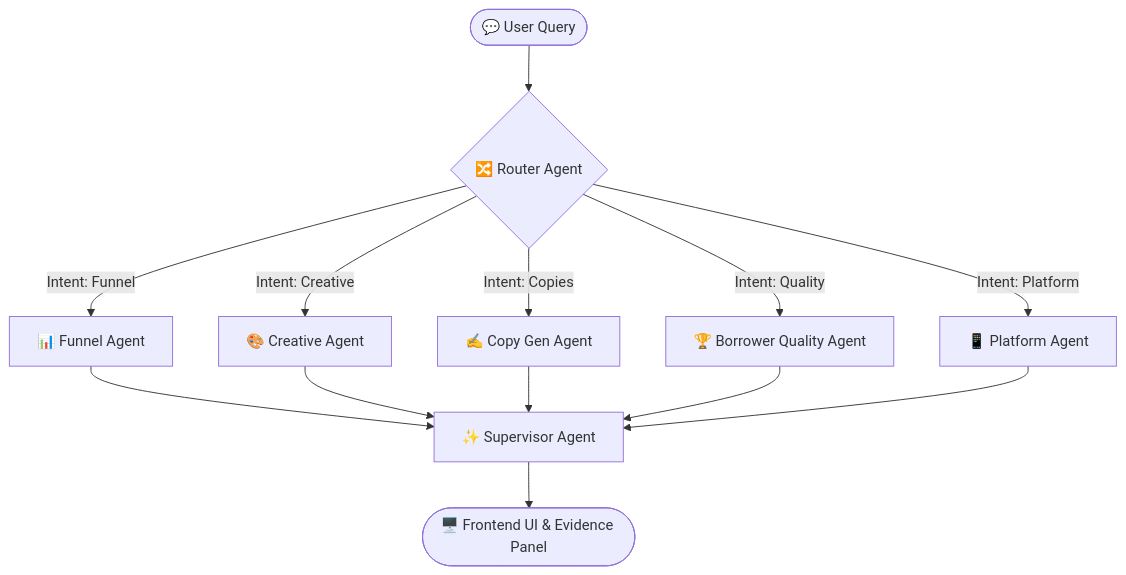
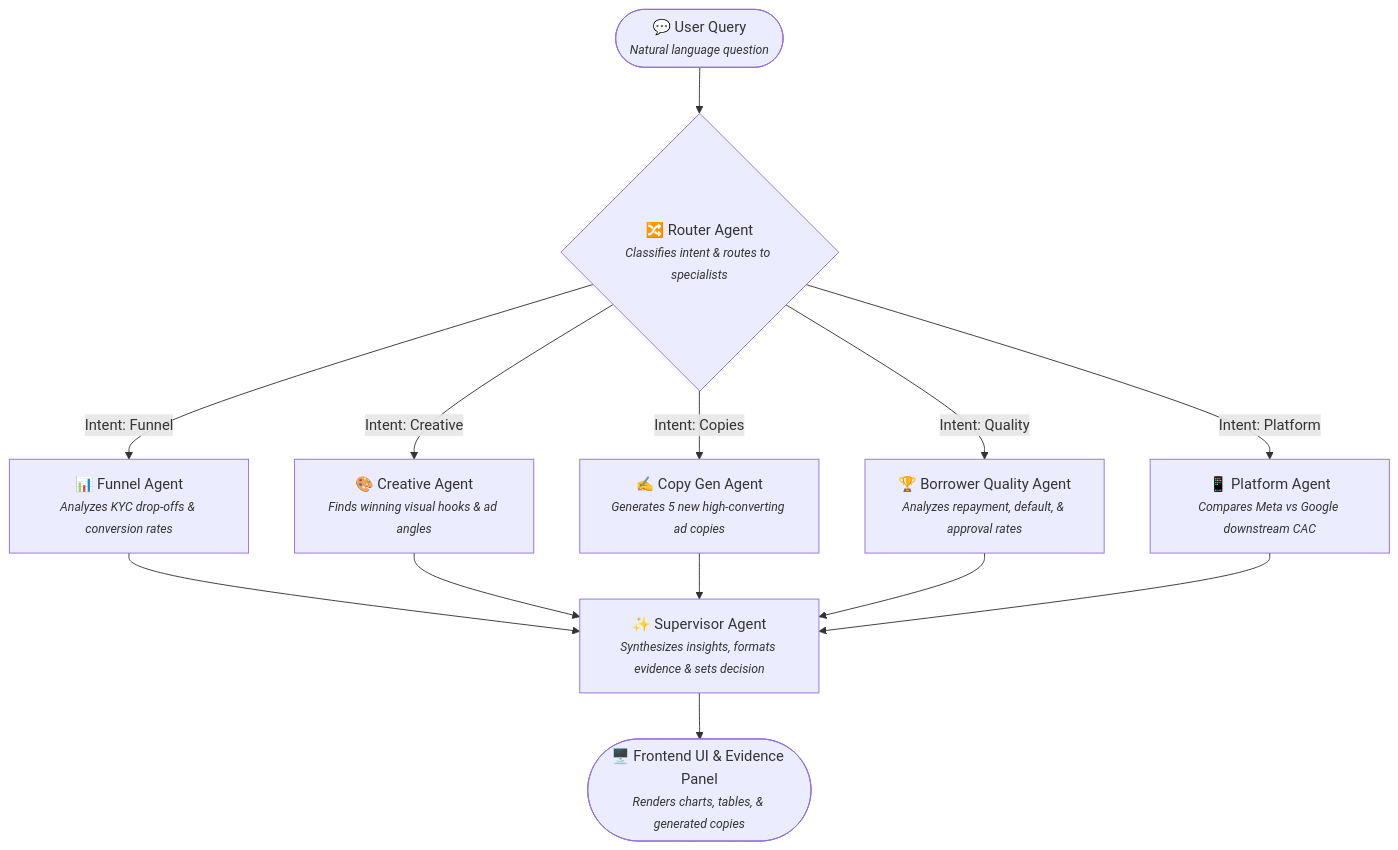
Before and after one commit to astroed44-gif/loangrowth-ai-copilot: the diagram in README.md, drawn with Mermaid. The commit also changed other lines of this file, not shown here.

Commit message:
Enhance README diagram and agent role descriptions

````diff
--- a/README.md
+++ b/README.md
@@ -26,18 +26,18 @@
 ```mermaid
 flowchart TD
-    User([💬 User Query]) --> Router{🔀 Router Agent}
+    User(["💬 User Query<br><small><i>Natural language question</i></small>"]) --> Router{"🔀 Router Agent<br><small><i>Classifies intent & routes to specialists</i></small>"}
     
-    Router -->|Intent: Funnel| A1[📊 Funnel Agent]
-    Router -->|Intent: Creative| A2[🎨 Creative Agent]
-    Router -->|Intent: Copies| A3[✍️ Copy Gen Agent]
-    Router -->|Intent: Quality| A4[🏆 Borrower Quality Agent]
-    Router -->|Intent: Platform| A5[📱 Platform Agent]
+    Router -->|Intent: Funnel| A1["📊 Funnel Agent<br><small><i>Analyzes KYC drop-offs & conversion rates</i></small>"]
+    Router -->|Intent: Creative| A2["🎨 Creative Agent<br><small><i>Finds winning visual hooks & ad angles</i></small>"]
+    Router -->|Intent: Copies| A3["✍️ Copy Gen Agent<br><small><i>Generates 5 new high-converting ad copies</i></small>"]
+    Router -->|Intent: Quality| A4["🏆 Borrower Quality Agent<br><small><i>Analyzes repayment, default, & approval rates</i></small>"]
+    Router -->|Intent: Platform| A5["📱 Platform Agent<br><small><i>Compares Meta vs Google downstream CAC</i></small>"]
     
-    A1 --> Sup[✨ Supervisor Agent]
+    A1 --> Sup["✨ Supervisor Agent<br><small><i>Synthesizes insights, formats evidence & sets decision</i></small>"]
     A2 --> Sup
     A3 --> Sup
     A4 --> Sup
     A5 --> Sup
     
-    Sup --> UI([🖥️ Frontend UI & Evidence Panel])
+    Sup --> UI(["🖥️ Frontend UI & Evidence Panel<br><small><i>Renders charts, tables, & generated copies</i></small>"])
 ```
````
